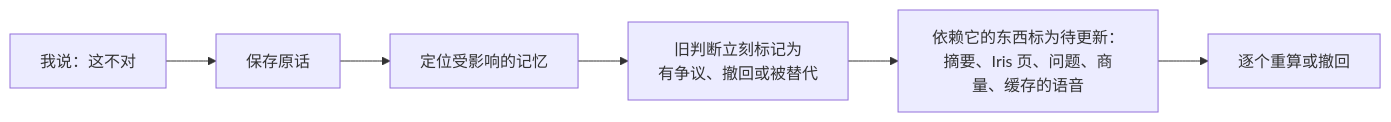
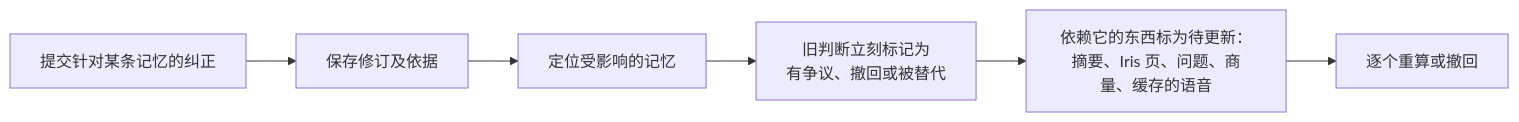
Before and after one commit to asiansumer/iris: the fourth of 4 diagrams in docs/architecture.md, drawn with Mermaid. The commit also changed other lines of this file and 2 other files, not shown here.

First line of the commit message:
docs: refresh Iris architecture and measurable improvement roadmap

````diff
--- a/docs/architecture.md
+++ b/docs/architecture.md
@@ -125,8 +149,8 @@
 ```mermaid
 flowchart LR
-  A["我说：这不对"] --> B["保存原话"]
+  A["提交针对某条记忆的纠正"] --> B["保存修订及依据"]
   B --> C["定位受影响的记忆"]
   C --> D["旧判断立刻标记为<br/>有争议、撤回或被替代"]
   D --> E["依赖它的东西标为待更新：<br/>摘要、Iris 页、问题、商量、缓存的语音"]
   E --> F["逐个重算或撤回"]
 ```
````
